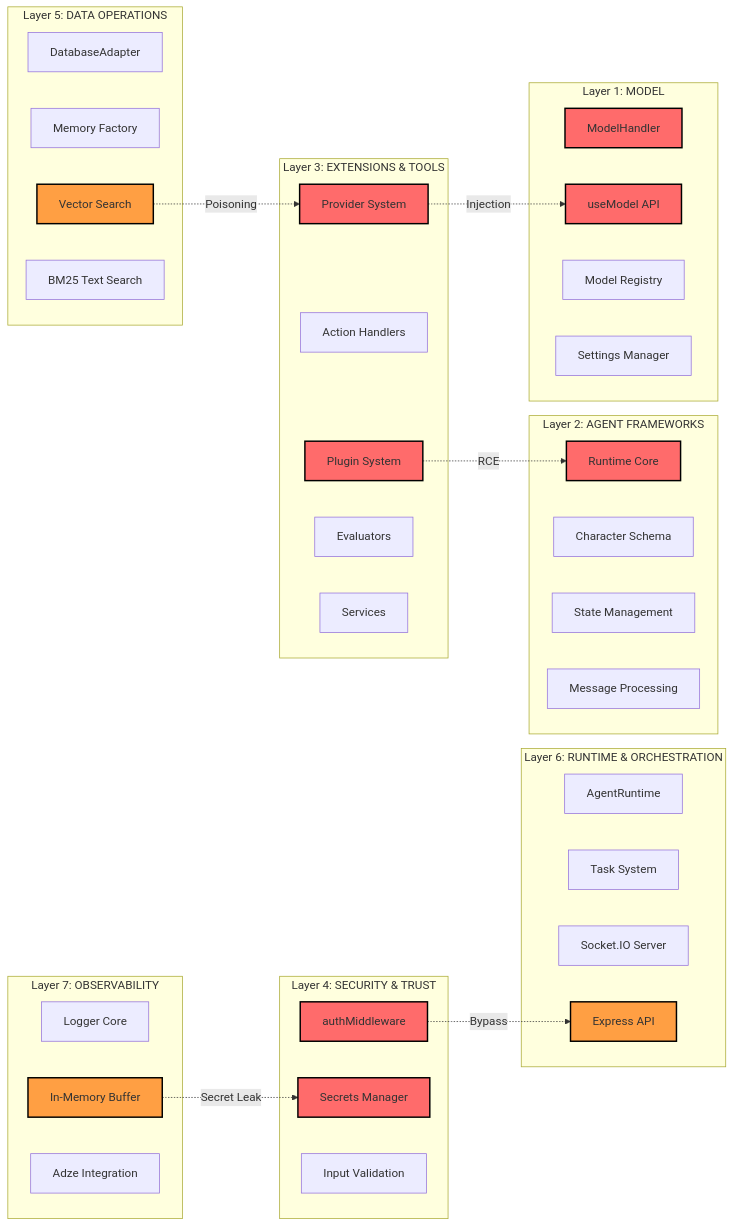
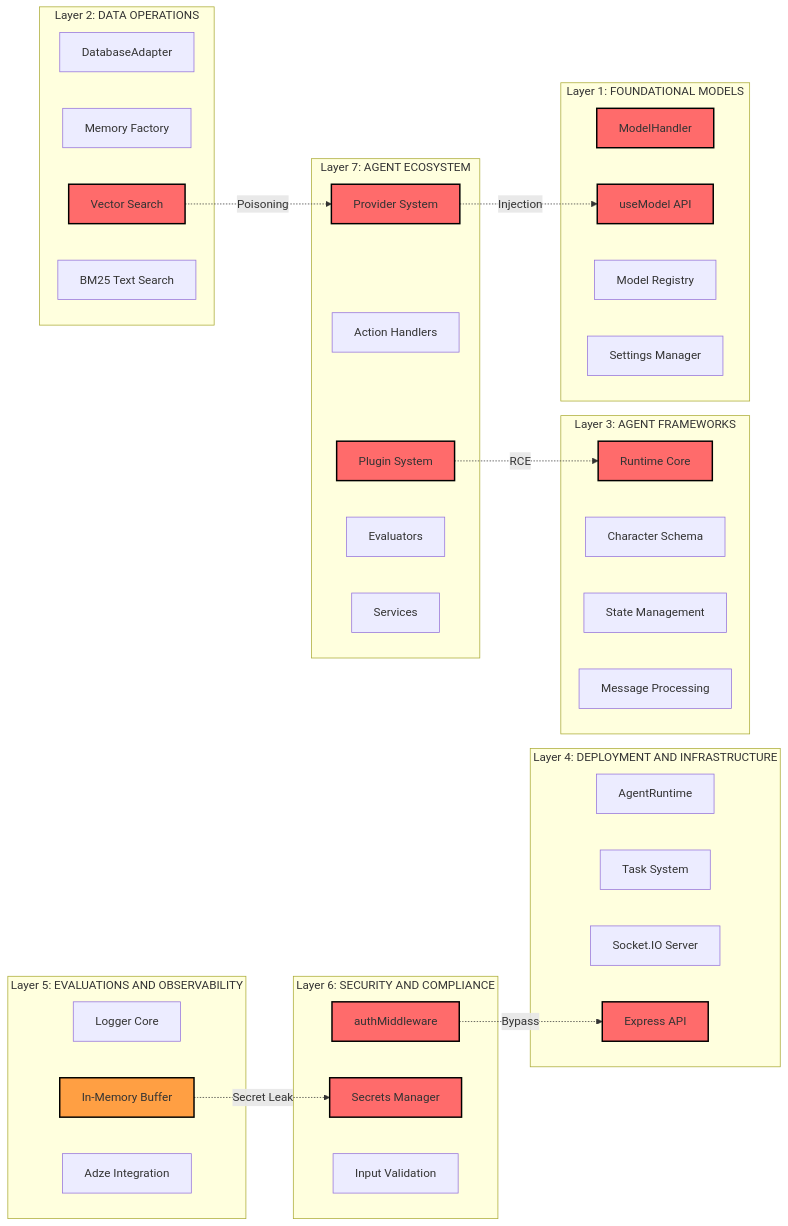
Before and after one commit to mondweep/agentic-ai-security-demo-rela8group-ciso-london-summit: the second of 11 diagrams in presentation/assets/maestro-framework-visual.md, drawn with Mermaid. The commit also changed other lines of this file and 16 other files, not shown here.

````diff
--- a/presentation/assets/maestro-framework-visual.md
+++ b/presentation/assets/maestro-framework-visual.md
@@ -49,68 +52,68 @@
 ```mermaid
 graph LR
-    subgraph "Layer 7: OBSERVABILITY"
-        O1[Logger Core]
-        O2[In-Memory Buffer]
-        O3[Adze Integration]
-    end
-
-    subgraph "Layer 6: RUNTIME & ORCHESTRATION"
-        R1[AgentRuntime]
-        R2[Task System]
-        R3[Socket.IO Server]
-        R4[Express API]
-    end
-
-    subgraph "Layer 5: DATA OPERATIONS"
-        D1[DatabaseAdapter]
-        D2[Memory Factory]
-        D3[Vector Search]
-        D4[BM25 Text Search]
-    end
-
-    subgraph "Layer 4: SECURITY & TRUST"
-        S1[authMiddleware]
-        S2[Secrets Manager]
-        S3[Input Validation]
-    end
-
-    subgraph "Layer 3: EXTENSIONS & TOOLS"
+    subgraph "Layer 7: AGENT ECOSYSTEM"
         E1[Plugin System]
         E2[Action Handlers]
         E3[Provider System]
         E4[Evaluators]
         E5[Services]
     end
 
-    subgraph "Layer 2: AGENT FRAMEWORKS"
+    subgraph "Layer 6: SECURITY AND COMPLIANCE"
+        S1[authMiddleware]
+        S2[Secrets Manager]
+        S3[Input Validation]
+    end
+
+    subgraph "Layer 5: EVALUATIONS AND OBSERVABILITY"
+        O1[Logger Core]
+        O2[In-Memory Buffer]
+        O3[Adze Integration]
+    end
+
+    subgraph "Layer 4: DEPLOYMENT AND INFRASTRUCTURE"
+        R1[AgentRuntime]
+        R2[Task System]
+        R3[Socket.IO Server]
+        R4[Express API]
+    end
+
+    subgraph "Layer 3: AGENT FRAMEWORKS"
         A1[Runtime Core]
         A2[Character Schema]
         A3[State Management]
         A4[Message Processing]
     end
 
-    subgraph "Layer 1: MODEL"
+    subgraph "Layer 2: DATA OPERATIONS"
+        D1[DatabaseAdapter]
+        D2[Memory Factory]
+        D3[Vector Search]
+        D4[BM25 Text Search]
+    end
+
+    subgraph "Layer 1: FOUNDATIONAL MODELS"
         M1[ModelHandler]
         M2[useModel API]
         M3[Model Registry]
         M4[Settings Manager]
     end
 
     %% Critical vulnerability paths
     E1 -.->|"RCE"| A1
     E3 -.->|"Injection"| M2
     D3 -.->|"Poisoning"| E3
     S1 -.->|"Bypass"| R4
     O2 -.->|"Secret Leak"| S2
 
     style M1 fill:#ff6b6b,stroke:#000,stroke-width:2px
     style M2 fill:#ff6b6b,stroke:#000,stroke-width:2px
     style A1 fill:#ff6b6b,stroke:#000,stroke-width:2px
     style E1 fill:#ff6b6b,stroke:#000,stroke-width:2px
     style E3 fill:#ff6b6b,stroke:#000,stroke-width:2px
     style S1 fill:#ff6b6b,stroke:#000,stroke-width:2px
     style S2 fill:#ff6b6b,stroke:#000,stroke-width:2px
-    style D3 fill:#ff9f43,stroke:#000,stroke-width:2px
-    style R4 fill:#ff9f43,stroke:#000,stroke-width:2px
+    style D3 fill:#ff6b6b,stroke:#000,stroke-width:2px
+    style R4 fill:#ff6b6b,stroke:#000,stroke-width:2px
     style O2 fill:#ff9f43,stroke:#000,stroke-width:2px
 ```
````
